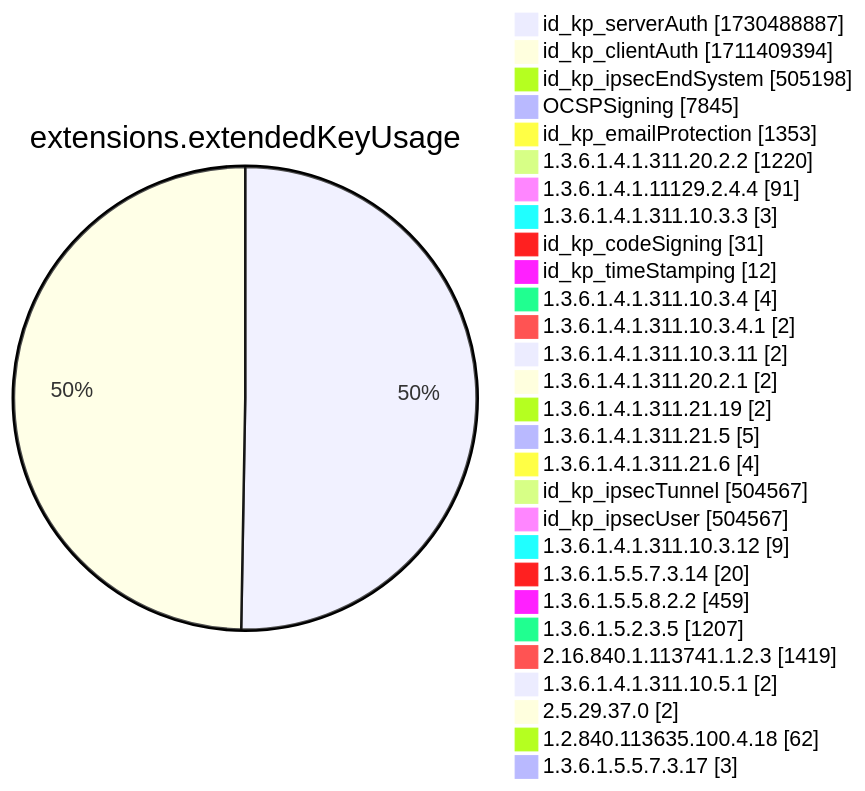
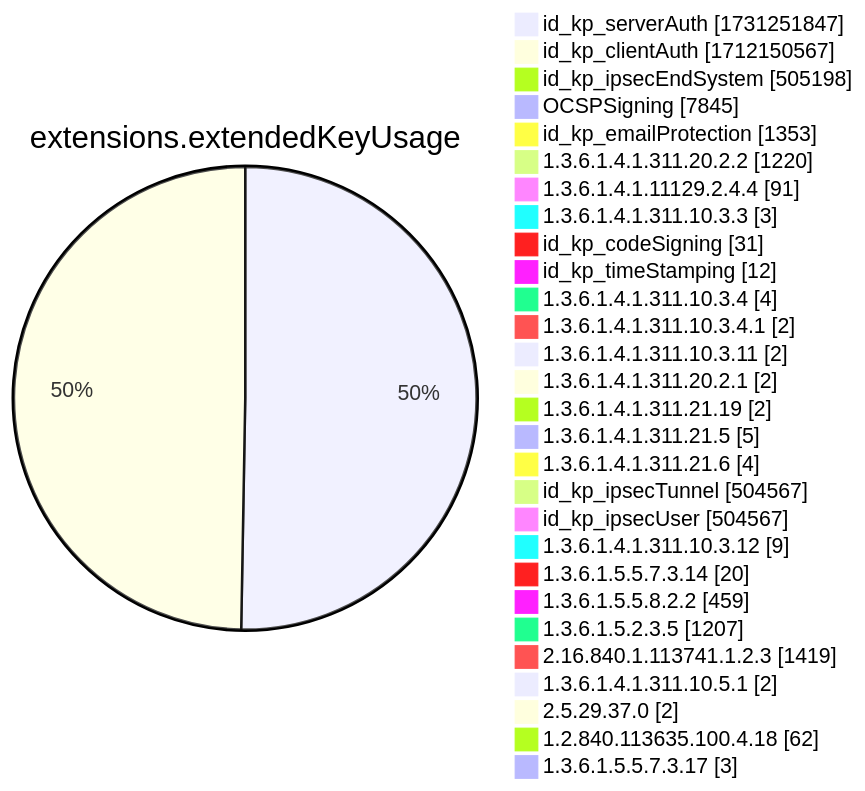
One commit to christiankrug/ctmonitor_visualization changed diagram 12 of 15 in xenon2022/README.md. Above: the diagram before and after it, drawn with Mermaid. The commit also changed other lines of this file, not shown here.

````diff
--- a/xenon2022/README.md
+++ b/xenon2022/README.md
@@ -3889,32 +3889,32 @@
 ```mermaid
 pie showData
 title extensions.extendedKeyUsage
-"id_kp_serverAuth" :1730488887
-"id_kp_clientAuth" :1711409394
+"id_kp_serverAuth" :1731251847
+"id_kp_clientAuth" :1712150567
 "id_kp_ipsecEndSystem" :505198
 "OCSPSigning" :7845
 "id_kp_emailProtection" :1353
 "1.3.6.1.4.1.311.20.2.2" :1220
 "1.3.6.1.4.1.11129.2.4.4" :91
 "1.3.6.1.4.1.311.10.3.3" :3
 "id_kp_codeSigning" :31
 "id_kp_timeStamping" :12
 "1.3.6.1.4.1.311.10.3.4" :4
 "1.3.6.1.4.1.311.10.3.4.1" :2
 "1.3.6.1.4.1.311.10.3.11" :2
 "1.3.6.1.4.1.311.20.2.1" :2
 "1.3.6.1.4.1.311.21.19" :2
 "1.3.6.1.4.1.311.21.5" :5
 "1.3.6.1.4.1.311.21.6" :4
 "id_kp_ipsecTunnel" :504567
 "id_kp_ipsecUser" :504567
 "1.3.6.1.4.1.311.10.3.12" :9
 "1.3.6.1.5.5.7.3.14" :20
 "1.3.6.1.5.5.8.2.2" :459
 "1.3.6.1.5.2.3.5" :1207
 "2.16.840.1.113741.1.2.3" :1419
 "1.3.6.1.4.1.311.10.5.1" :2
 "2.5.29.37.0" :2
 "1.2.840.113635.100.4.18" :62
 "1.3.6.1.5.5.7.3.17" :3
 ```
````
